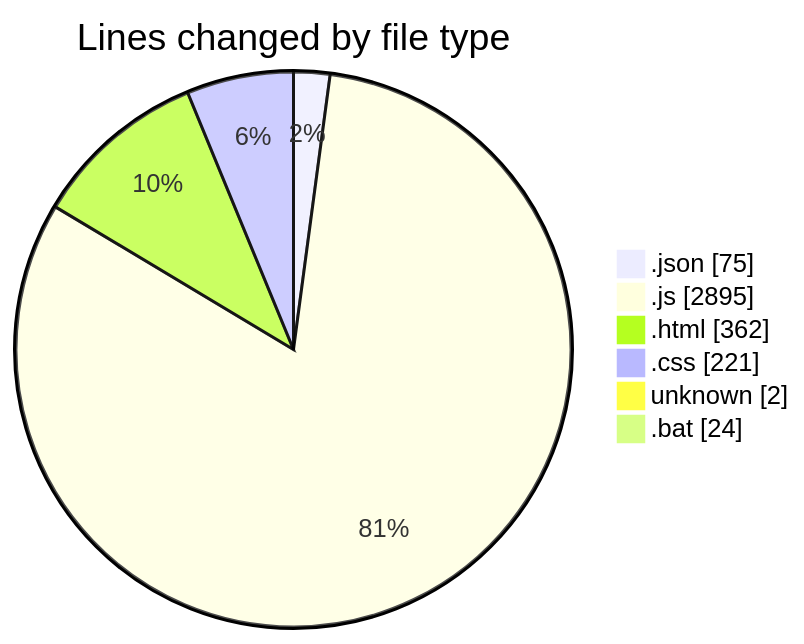
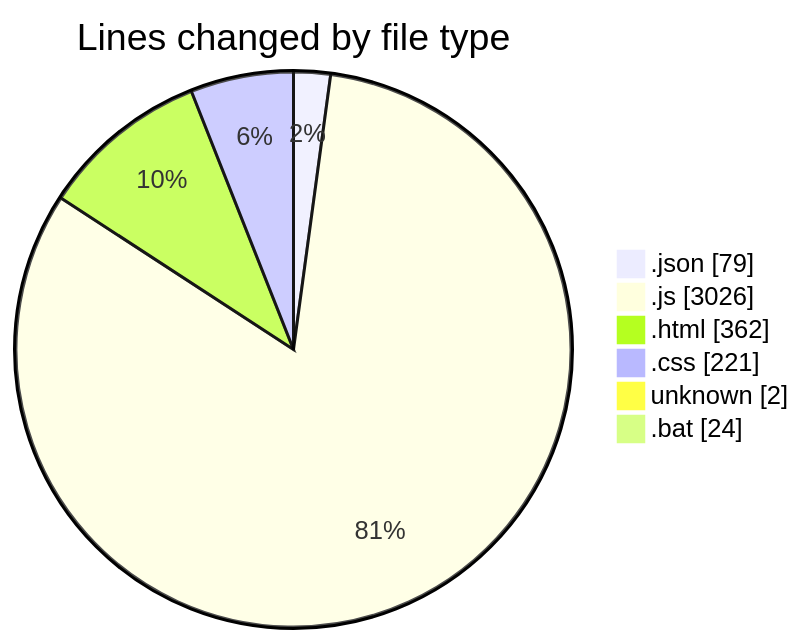
One commit to lephambinh05/code-tracking changed the first of 2 diagrams in 2025-08-03/boz-rat/README.md. Above: the diagram before and after it, drawn with Mermaid. The commit also changed other lines of this file and 1 other file, not shown here.

````diff
--- a/2025-08-03/boz-rat/README.md
+++ b/2025-08-03/boz-rat/README.md
@@ -36,10 +36,10 @@
 ```mermaid
 pie showData
 title Lines changed by file type
-".json" : 75
-".js" : 2895
+".json" : 79
+".js" : 3026
 ".html" : 362
 ".css" : 221
 "unknown" : 2
 ".bat" : 24
 ```
````
